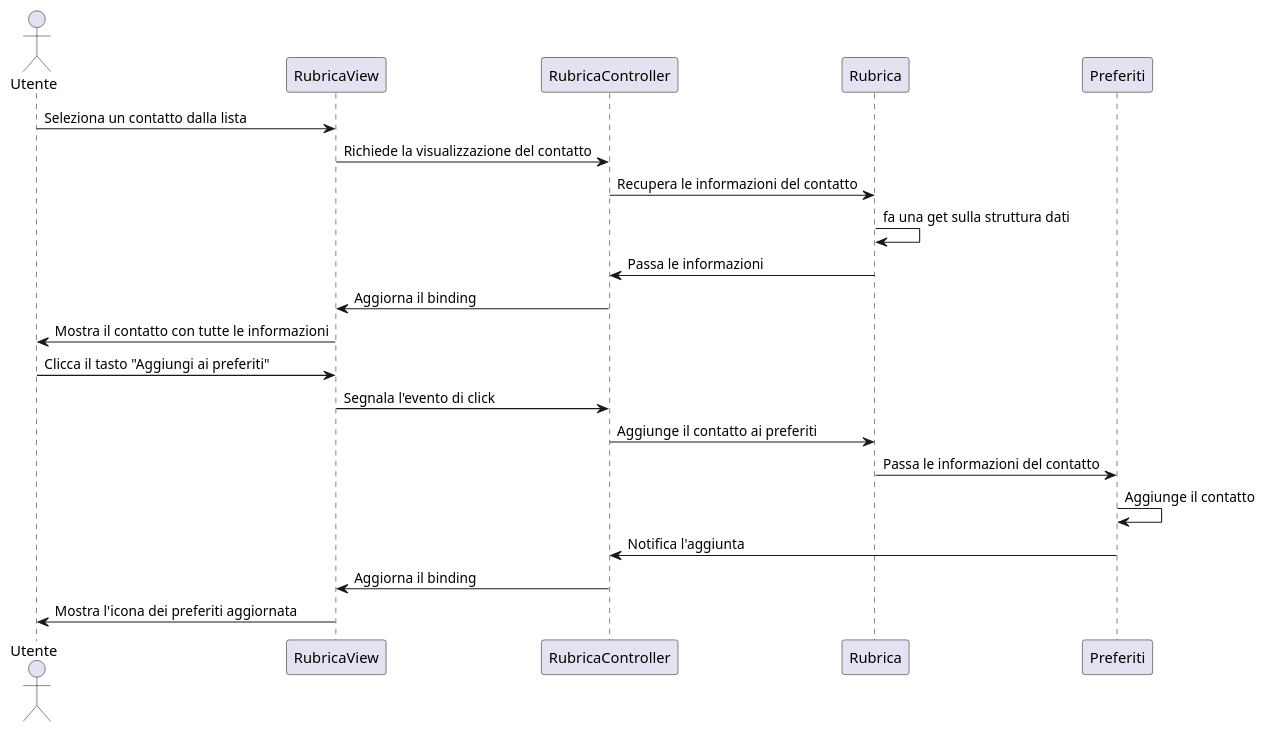
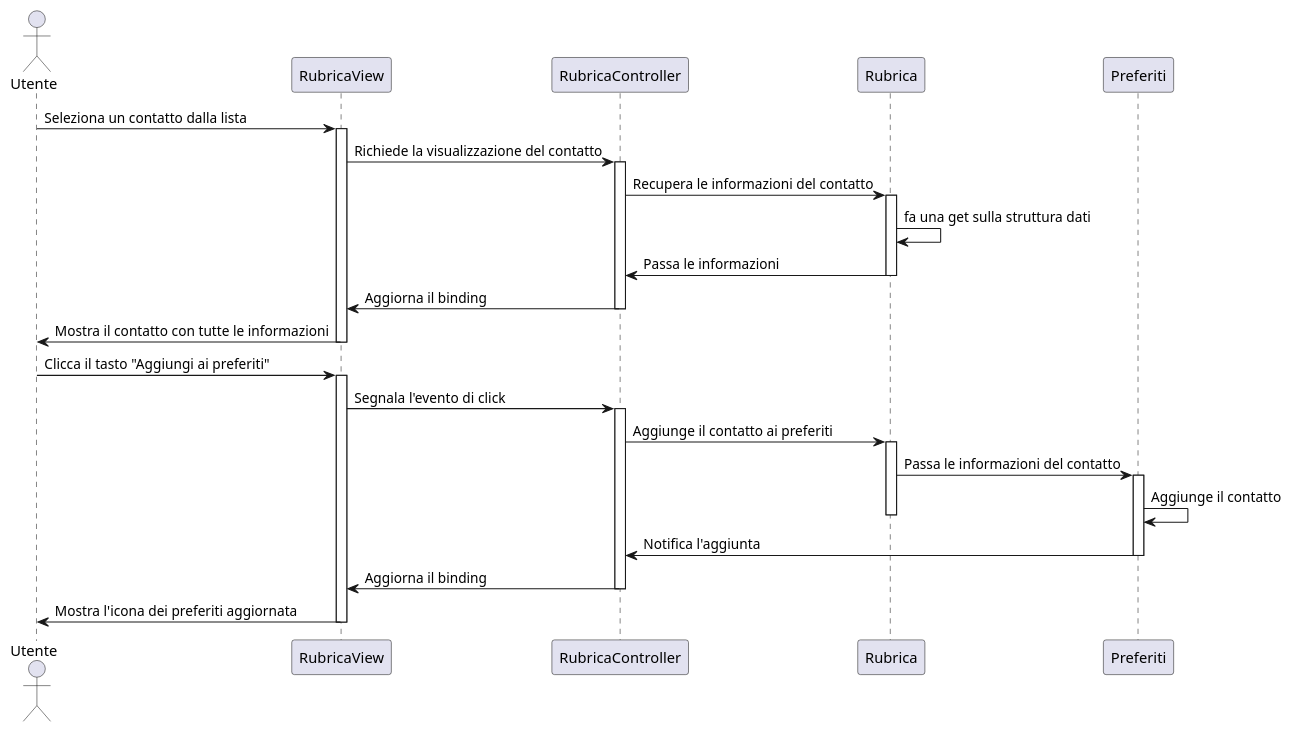
One commit to emanueletocci/uni-swe-project changed the diagram in docs/bozze/Diagrammi/Sequenza/ScenarioAggiuntaPreferiti.puml. Above: the diagram before and after it, drawn with PlantUML. The commit also changed 3 other files, not shown here.

```diff
--- a/docs/bozze/Diagrammi/Sequenza/ScenarioAggiuntaPreferiti.puml
+++ b/docs/bozze/Diagrammi/Sequenza/ScenarioAggiuntaPreferiti.puml
@@ -1,22 +1,35 @@
 @startuml
 'https://plantuml.com/sequence-diagram
 
 actor Utente
 
 Utente->RubricaView : Seleziona un contatto dalla lista
+activate RubricaView
 RubricaView->RubricaController : Richiede la visualizzazione del contatto
+activate RubricaController
 RubricaController->Rubrica : Recupera le informazioni del contatto
+activate Rubrica
 Rubrica->Rubrica: fa una get sulla struttura dati
 Rubrica->RubricaController : Passa le informazioni
+deactivate Rubrica
 RubricaController->RubricaView : Aggiorna il binding
+deactivate RubricaController
 RubricaView->Utente : Mostra il contatto con tutte le informazioni
-
+deactivate RubricaView
 Utente->RubricaView : Clicca il tasto "Aggiungi ai preferiti"
+activate RubricaView
 RubricaView->RubricaController : Segnala l'evento di click
+activate RubricaController
 RubricaController->Rubrica : Aggiunge il contatto ai preferiti
+activate Rubrica
 Rubrica->Preferiti : Passa le informazioni del contatto
+activate Preferiti
 Preferiti->Preferiti : Aggiunge il contatto
+deactivate Rubrica
 Preferiti->RubricaController : Notifica l'aggiunta
+deactivate Preferiti
 RubricaController-> RubricaView : Aggiorna il binding
+deactivate RubricaController
 RubricaView->Utente : Mostra l'icona dei preferiti aggiornata
+deactivate RubricaView
 @enduml
```
